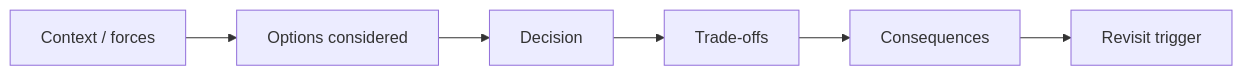
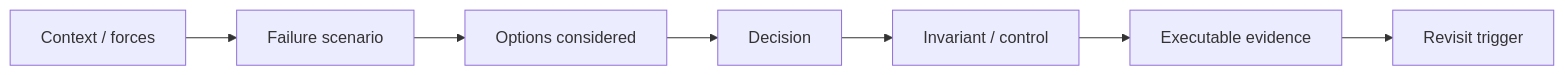
The diagram in docs/decisions/README.md (kumarchandansingh/tropos), drawn with Mermaid before and after one commit. The commit also changed other lines of this file and 23 other files, not shown here.

````diff
--- a/docs/decisions/README.md
+++ b/docs/decisions/README.md
@@ -7,9 +7,10 @@
 ```mermaid
 flowchart LR
     C[Context / forces]
+    --> F[Failure scenario]
     --> O[Options considered]
     --> D[Decision]
-    --> T[Trade-offs]
-    --> K[Consequences]
+    --> I[Invariant / control]
+    --> E[Executable evidence]
     --> R[Revisit trigger]
 ```
````
